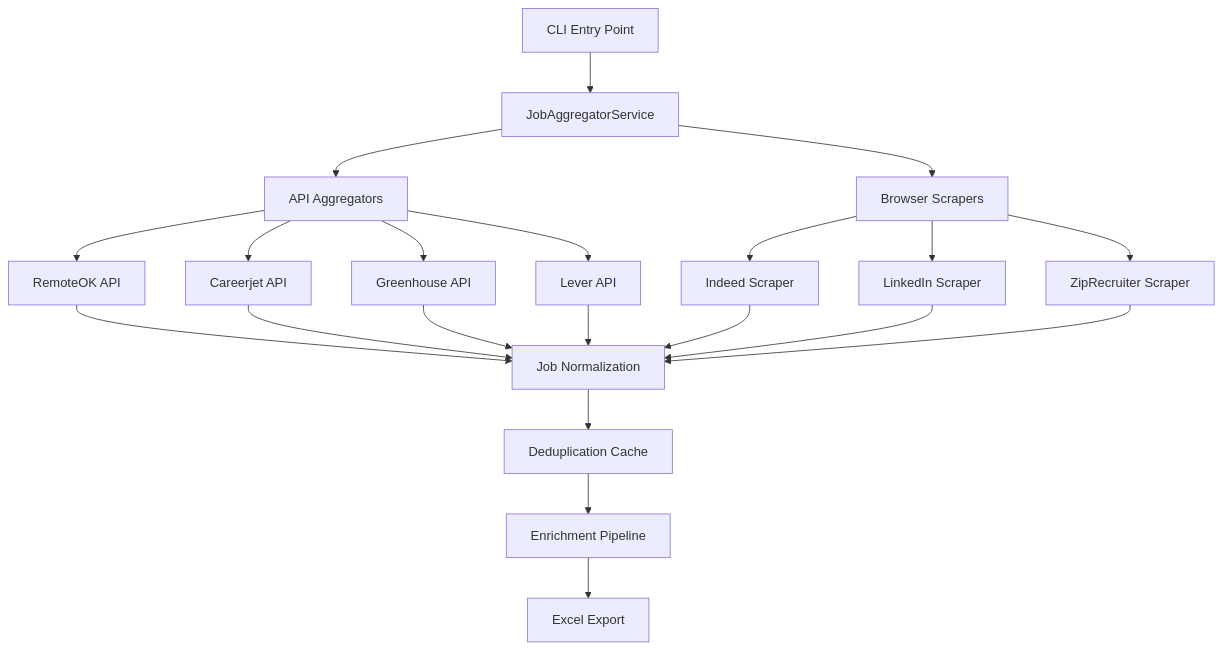
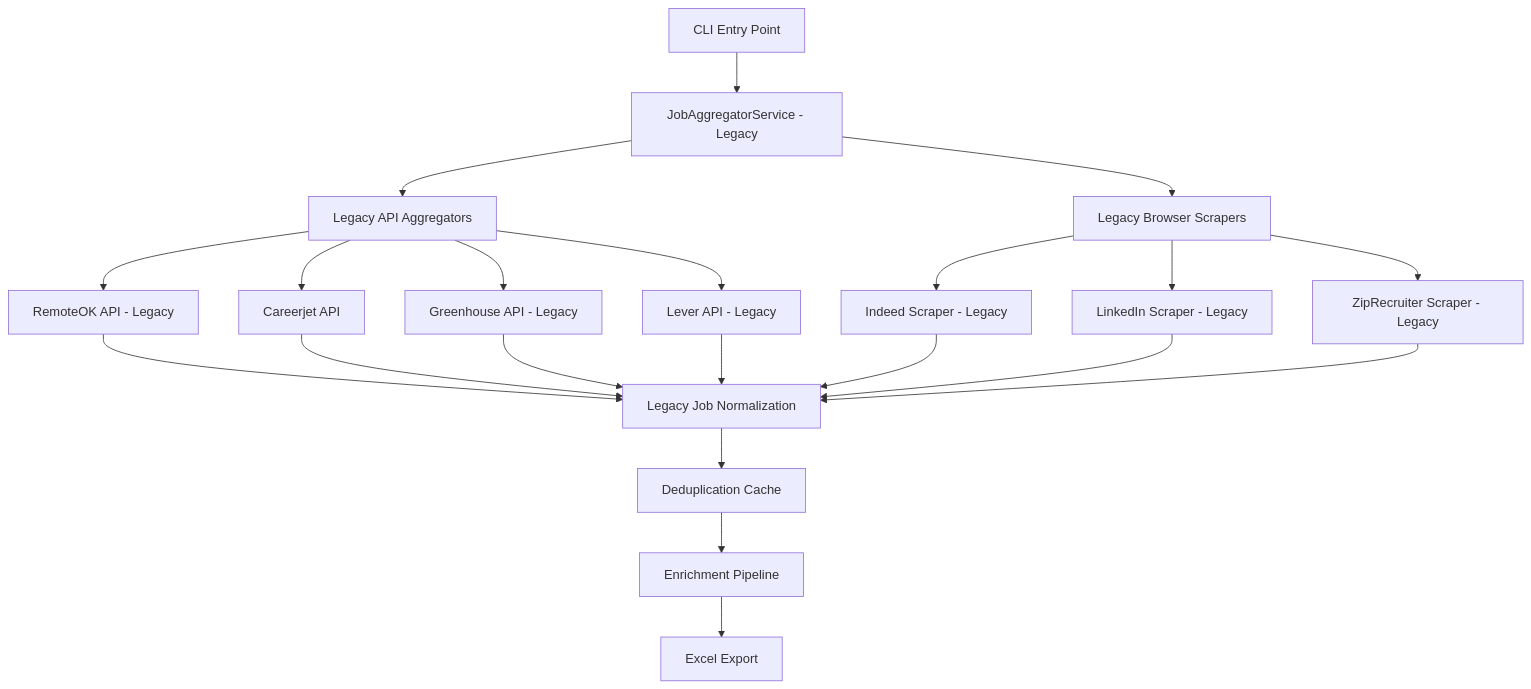
Before and after one commit to kevin-toles/tpm-job-finder-poc: the third of 9 diagrams in docs/architecture/SYSTEM_ARCHITECTURE_WORKFLOWS.md, drawn with Mermaid. The commit also changed other lines of this file and 30 other files, not shown here.

````diff
--- a/docs/architecture/SYSTEM_ARCHITECTURE_WORKFLOWS.md
+++ b/docs/architecture/SYSTEM_ARCHITECTURE_WORKFLOWS.md
@@ -15,23 +84,23 @@
 ```mermaid
 graph TD
-    A[CLI Entry Point] --> B[JobAggregatorService]
-    B --> C[API Aggregators]
-    B --> D[Browser Scrapers]
-    C --> E[RemoteOK API]
+    A[CLI Entry Point] --> B[JobAggregatorService - Legacy]
+    B --> C[Legacy API Aggregators]
+    B --> D[Legacy Browser Scrapers]
+    C --> E[RemoteOK API - Legacy]
     C --> F[Careerjet API]
-    C --> G[Greenhouse API]
-    C --> H[Lever API]
-    D --> I[Indeed Scraper]
-    D --> J[LinkedIn Scraper]
-    D --> K[ZipRecruiter Scraper]
-    E --> L[Job Normalization]
+    C --> G[Greenhouse API - Legacy]
+    C --> H[Lever API - Legacy]
+    D --> I[Indeed Scraper - Legacy]
+    D --> J[LinkedIn Scraper - Legacy]
+    D --> K[ZipRecruiter Scraper - Legacy]
+    E --> L[Legacy Job Normalization]
     F --> L
     G --> L
     H --> L
     I --> L
     J --> L
     K --> L
     L --> M[Deduplication Cache]
     M --> N[Enrichment Pipeline]
     N --> O[Excel Export]
 ```
````
